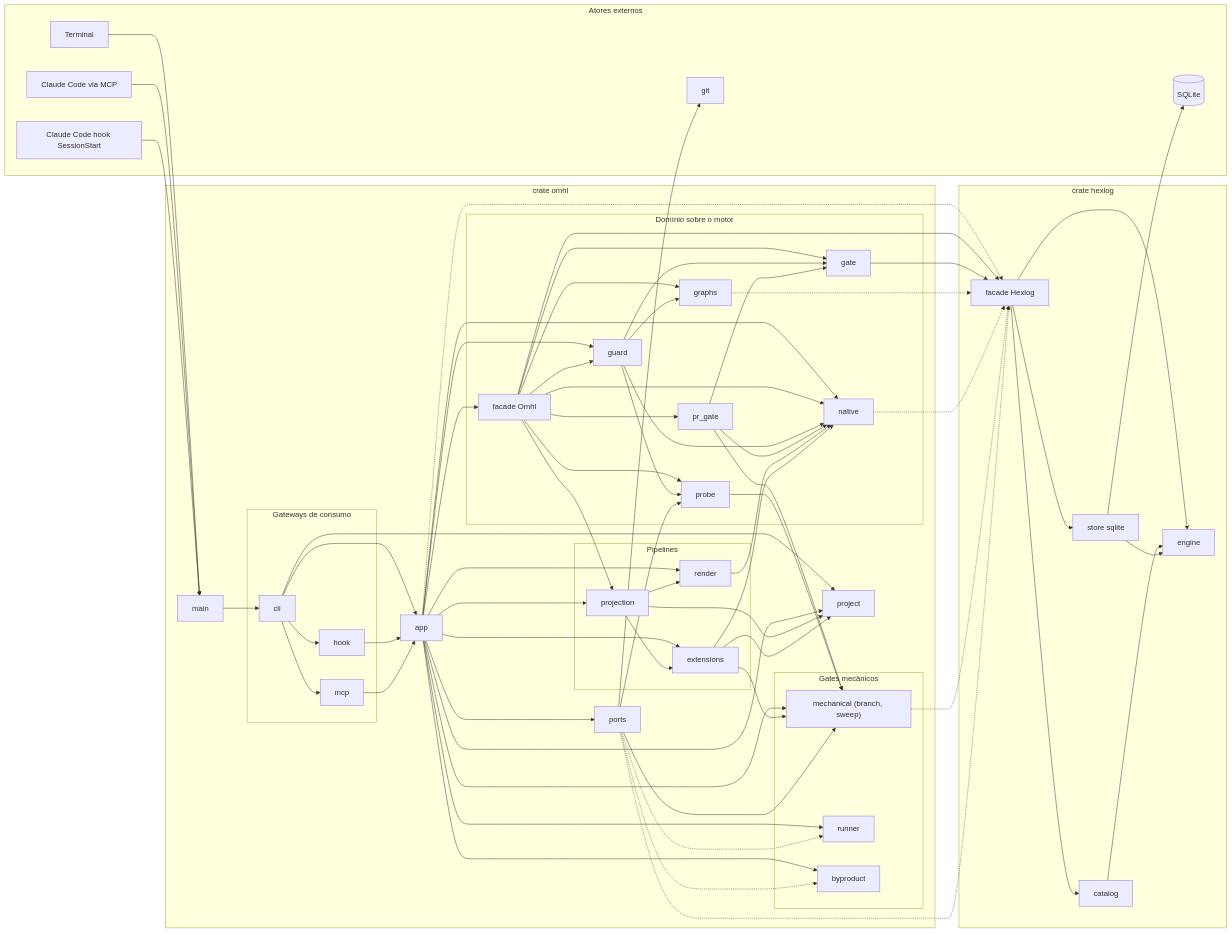
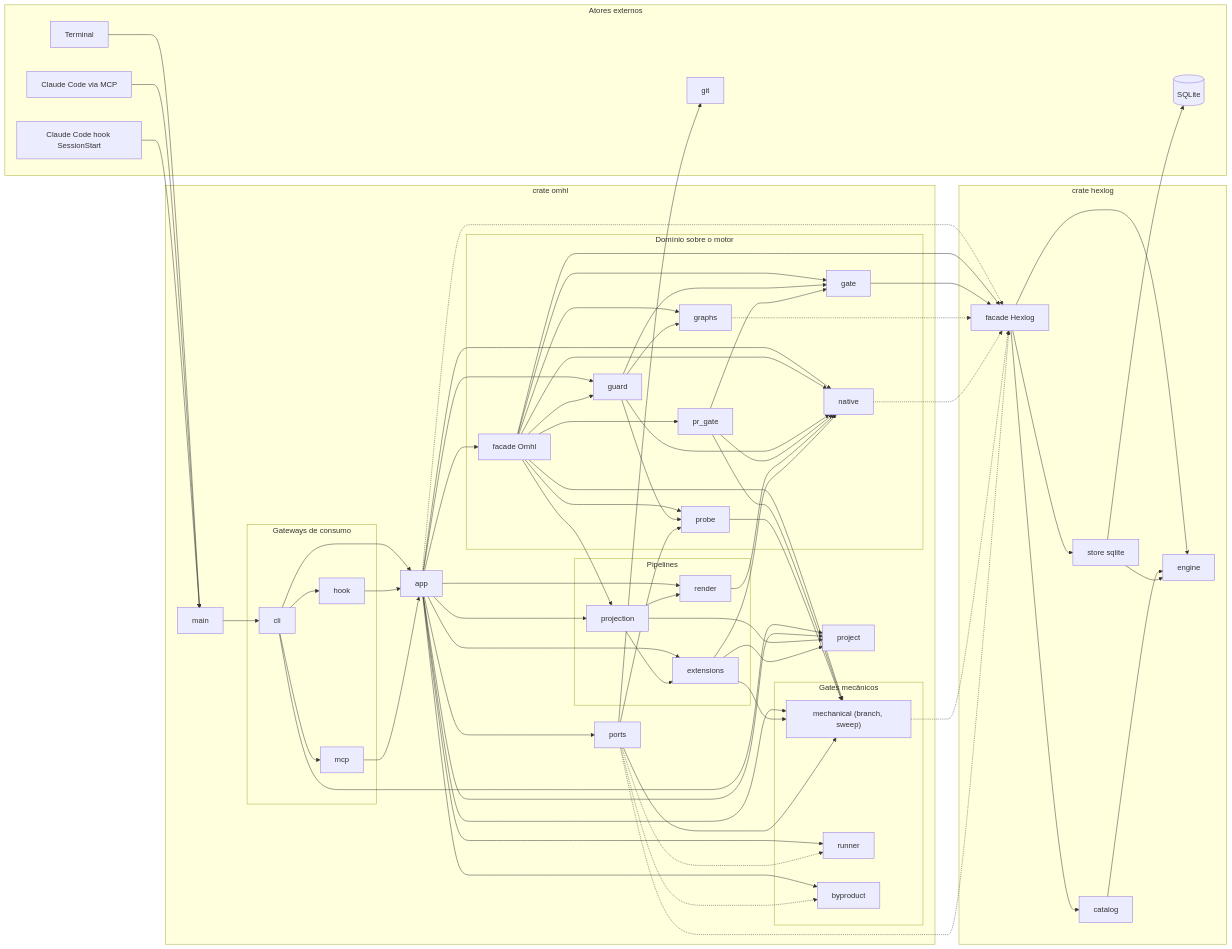
The diagram in docs/architecture.md (gabrielh-silvestre/oh-my-hexflow), drawn with Mermaid before and after one commit. The commit also changed other lines of this file and 2 other files, not shown here.

Commit message:
docs: correct the mechanical gate pages against the binary

```diff
--- a/docs/architecture.md
+++ b/docs/architecture.md
@@ -111,6 +111,7 @@
   app --> runner
   app --> byproduct
   extensions --> mechanical
+  facade --> mechanical
   prgate --> mechanical
   probe --> mechanical
   ports --> mechanical
```
